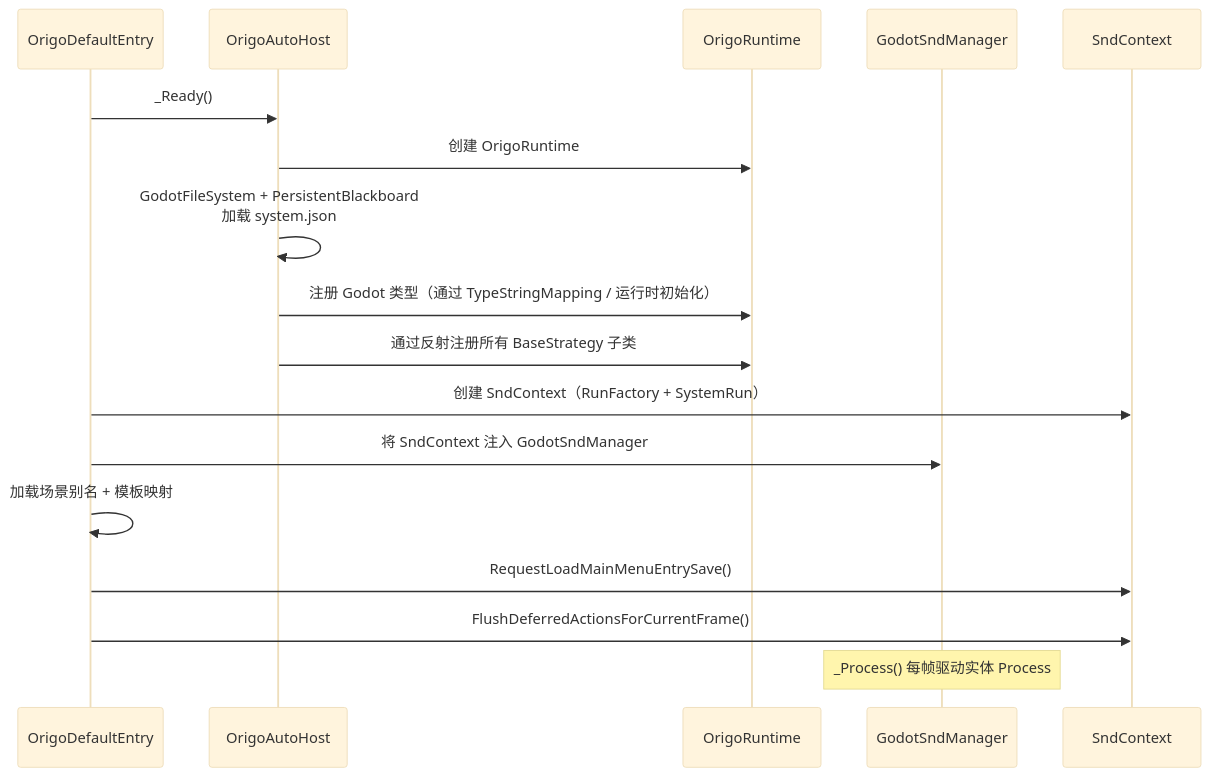
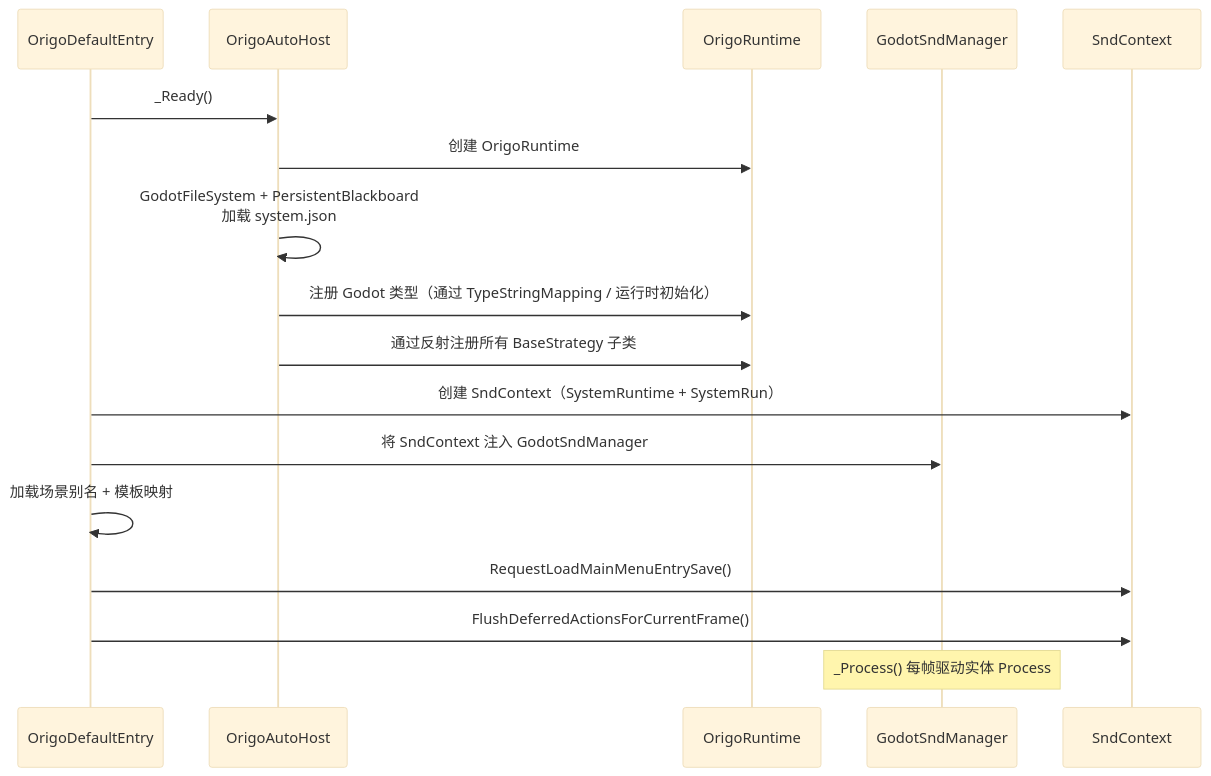
The second of 2 diagrams in README.zh-CN.md (51193/origo.stable), drawn with Mermaid (base theme) before and after one commit. The commit also changed other lines of this file and 116 other files, not shown here.

````diff
--- a/README.zh-CN.md
+++ b/README.zh-CN.md
@@ -1078,20 +1151,20 @@
 ```mermaid
 sequenceDiagram
     participant Entry as OrigoDefaultEntry
     participant Host as OrigoAutoHost
     participant RT as OrigoRuntime
     participant SM as GodotSndManager
     participant Ctx as SndContext
 
     Entry->>Host: _Ready()
     Host->>RT: 创建 OrigoRuntime
     Host->>Host: GodotFileSystem + PersistentBlackboard<br/>加载 system.json
     Host->>RT: 注册 Godot 类型（通过 TypeStringMapping / 运行时初始化）
     Host->>RT: 通过反射注册所有 BaseStrategy 子类
-    Entry->>Ctx: 创建 SndContext（RunFactory + SystemRun）
+    Entry->>Ctx: 创建 SndContext（SystemRuntime + SystemRun）
     Entry->>SM: 将 SndContext 注入 GodotSndManager
     Entry->>Entry: 加载场景别名 + 模板映射
     Entry->>Ctx: RequestLoadMainMenuEntrySave()
     Entry->>Ctx: FlushDeferredActionsForCurrentFrame()
     Note over SM: _Process() 每帧驱动实体 Process
 ```
````
